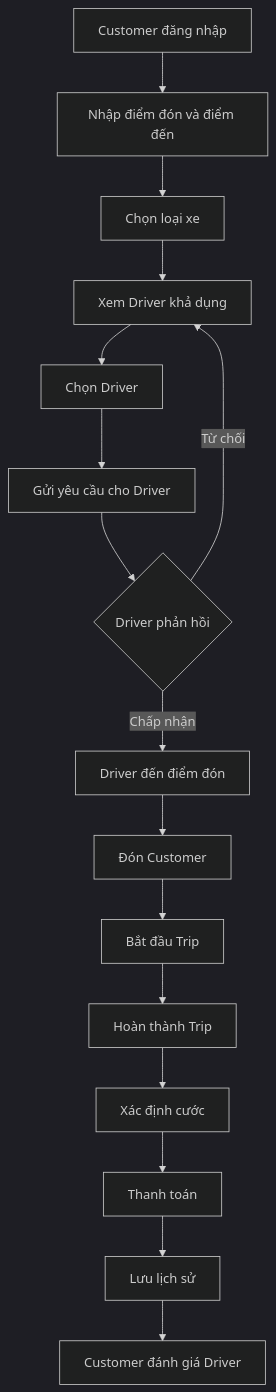
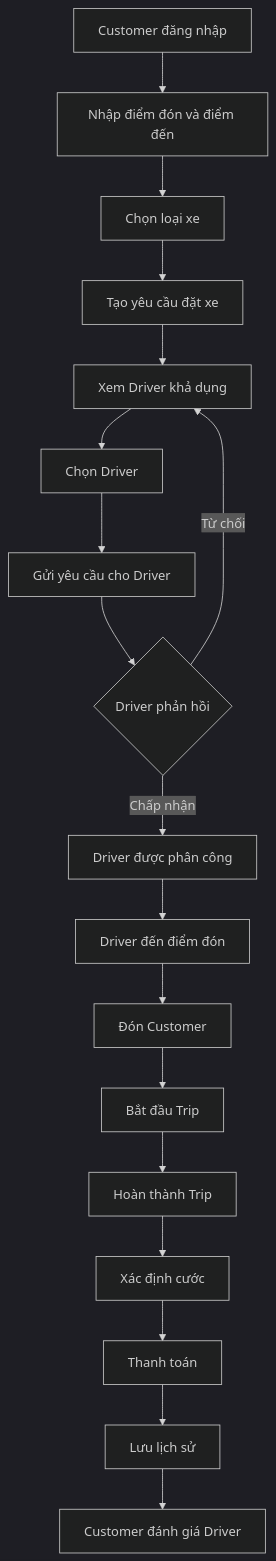
Before and after one commit to ntthuyvy0205-source/23662281_NguyenThiThuyVy_CABSYSTEM: the second of 4 diagrams in SRS.md, drawn with Mermaid (dark theme). The commit also changed other lines of this file, not shown here.

````diff
--- a/SRS.md
+++ b/SRS.md
@@ -188,21 +200,22 @@
 ```mermaid
 flowchart TD
     A[Customer đăng nhập] --> B[Nhập điểm đón và điểm đến]
     B --> C[Chọn loại xe]
-    C --> D[Xem Driver khả dụng]
-    D --> E[Chọn Driver]
-    E --> F[Gửi yêu cầu cho Driver]
+    C --> D[Tạo yêu cầu đặt xe]
+    D --> E[Xem Driver khả dụng]
+    E --> F[Chọn Driver]
+    F --> G[Gửi yêu cầu cho Driver]
+    G --> H{Driver phản hồi}
 
-    F --> G{Driver phản hồi}
+    H -->|Từ chối| E
+    H -->|Chấp nhận| I[Driver được phân công]
 
-    G -->|Từ chối| D
-    G -->|Chấp nhận| H[Driver đến điểm đón]
-
-    H --> I[Đón Customer]
-    I --> J[Bắt đầu Trip]
-    J --> K[Hoàn thành Trip]
-    K --> L[Xác định cước]
-    L --> M[Thanh toán]
-    M --> N[Lưu lịch sử]
-    N --> O[Customer đánh giá Driver]
+    I --> J[Driver đến điểm đón]
+    J --> K[Đón Customer]
+    K --> L[Bắt đầu Trip]
+    L --> M[Hoàn thành Trip]
+    M --> N[Xác định cước]
+    N --> O[Thanh toán]
+    O --> P[Lưu lịch sử]
+    P --> Q[Customer đánh giá Driver]
 ```
````
